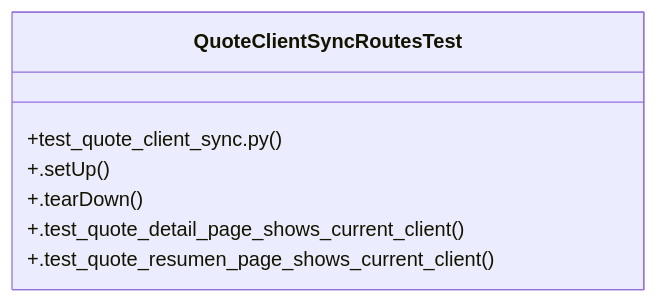
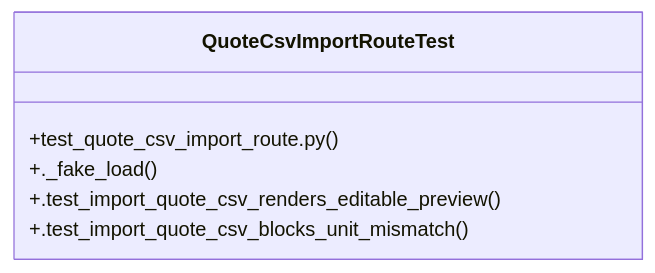
One commit to Daftrick/ProjectTracker changed the diagram in graphify-out/wiki/Community_37.md. Above: the diagram before and after it, drawn with Mermaid. The commit also changed other lines of this file and 414 other files, not shown here.

````diff
--- a/graphify-out/wiki/Community_37.md
+++ b/graphify-out/wiki/Community_37.md
@@ -16,10 +16,9 @@
 ```mermaid
 classDiagram
-    class QuoteClientSyncRoutesTest {
-        +test_quote_client_sync.py()
-        +.setUp()
-        +.tearDown()
-        +.test_quote_detail_page_shows_current_client()
-        +.test_quote_resumen_page_shows_current_client()
+    class QuoteCsvImportRouteTest {
+        +test_quote_csv_import_route.py()
+        +._fake_load()
+        +.test_import_quote_csv_renders_editable_preview()
+        +.test_import_quote_csv_blocks_unit_mismatch()
     }
 ```
````
